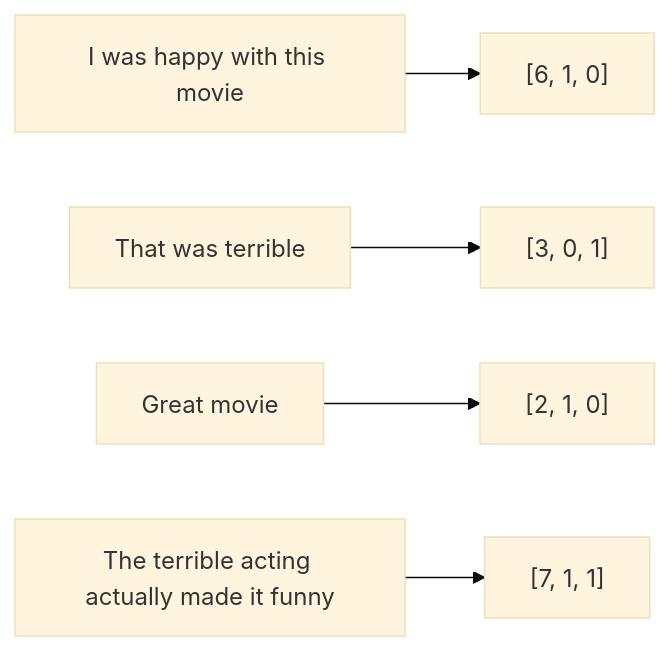
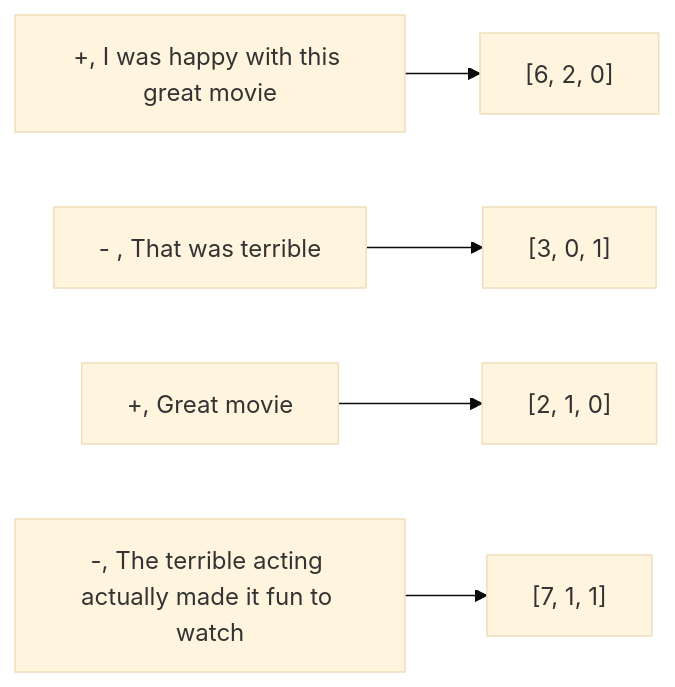
Before and after one commit to osagha/arhu299: the diagram in pages/lecturenotes/day2.qmd, drawn with Mermaid (base theme). The commit also changed other lines of this file and 13 other files, not shown here.

````diff
--- a/pages/lecturenotes/day2.qmd
+++ b/pages/lecturenotes/day2.qmd
@@ -34,8 +71,8 @@
 ```{mermaid}
 flowchart LR
-    W["I was happy with this movie"] --> A["[6, 1, 0]"]
-    X["That was terrible"] --> B["[3, 0, 1]"]
-    Y["Great movie"] --> C["[2, 1, 0]"]
-    Z["The terrible acting actually made it funny"] --> D["[7, 1, 1]"]
+    W["+, I was happy with this great movie"] --> A["[6, 2, 0]"]
+    X["- , That was terrible"] --> B["[3, 0, 1]"]
+    Y["+, Great movie"] --> C["[2, 1, 0]"]
+    Z["-, The terrible acting actually made it fun to watch"] --> D["[7, 1, 1]"]
 
 ```
````
